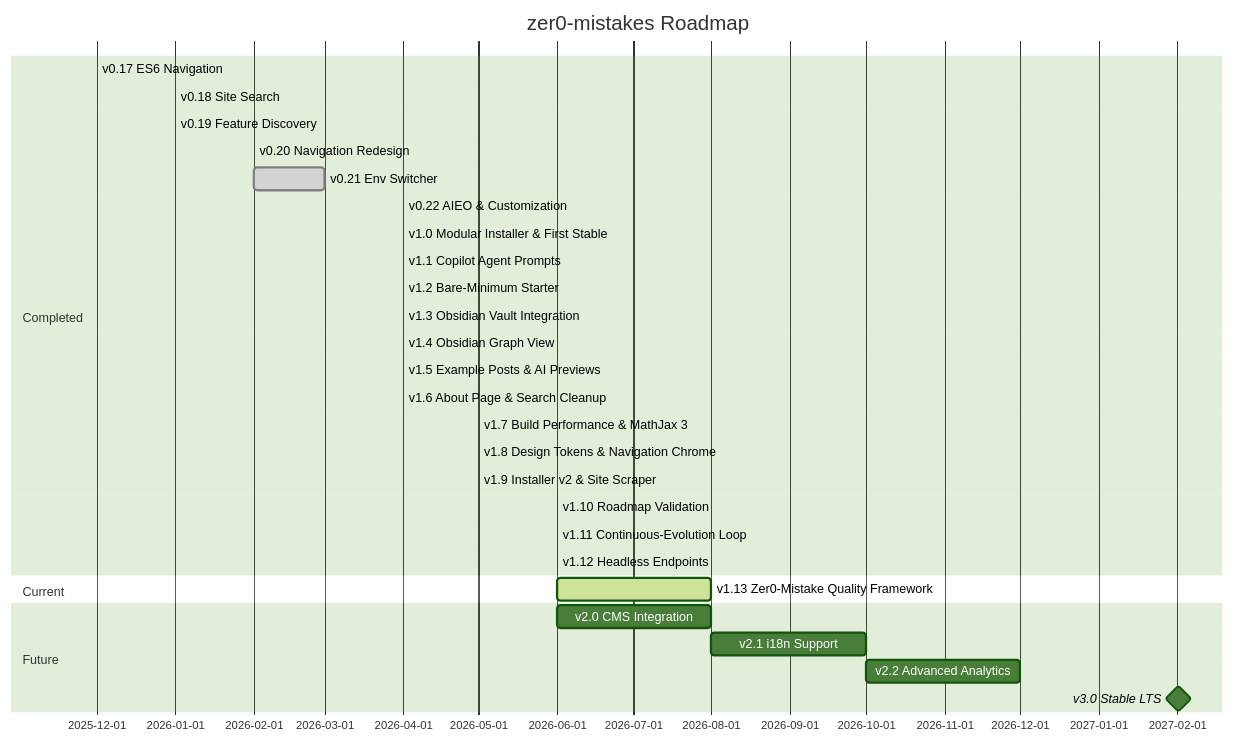
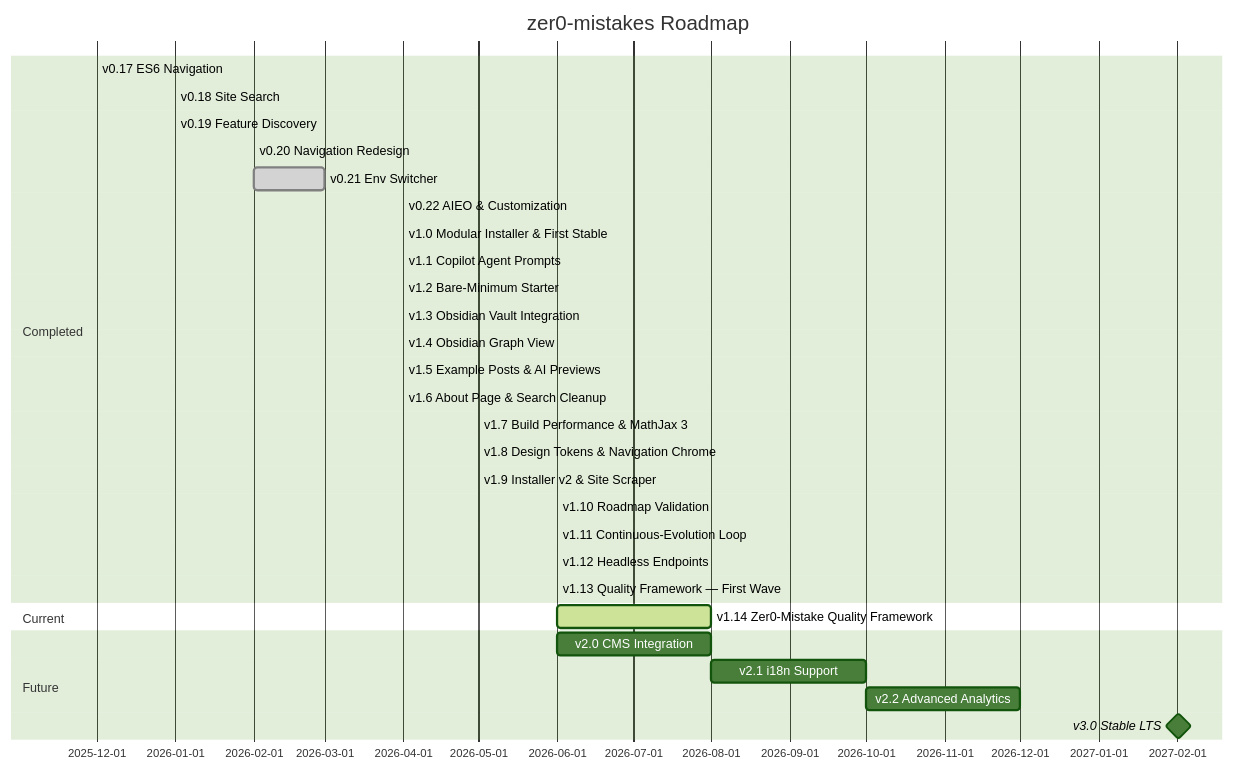
The diagram in packages/zer0-mistakes/README.md (bamr87/zer0-CMS), drawn with Mermaid (forest theme) before and after one commit. The commit also changed other lines of this file and 103 other files, not shown here.

First line of the commit message:
feat(quality): implement six backlog tasks — T-003/004/008/014/015/016 (bamr87/zer0-mistakes#144)

````diff
--- a/packages/zer0-mistakes/README.md
+++ b/packages/zer0-mistakes/README.md
@@ -810,32 +810,33 @@
 ```mermaid
 gantt
     title zer0-mistakes Roadmap
     dateFormat YYYY-MM
     section Completed
     v0.17 ES6 Navigation         :done, 2025-12, 2025-12
     v0.18 Site Search            :done, 2026-01, 2026-01
     v0.19 Feature Discovery      :done, 2026-01, 2026-01
     v0.20 Navigation Redesign    :done, 2026-02, 2026-02
     v0.21 Env Switcher           :done, 2026-02, 2026-03
     v0.22 AIEO & Customization   :done, 2026-04, 2026-04
     v1.0 Modular Installer & First Stable :done, 2026-04, 2026-04
     v1.1 Copilot Agent Prompts   :done, 2026-04, 2026-04
     v1.2 Bare-Minimum Starter    :done, 2026-04, 2026-04
     v1.3 Obsidian Vault Integration :done, 2026-04, 2026-04
     v1.4 Obsidian Graph View     :done, 2026-04, 2026-04
     v1.5 Example Posts & AI Previews :done, 2026-04, 2026-04
     v1.6 About Page & Search Cleanup :done, 2026-04, 2026-04
     v1.7 Build Performance & MathJax 3 :done, 2026-05, 2026-05
     v1.8 Design Tokens & Navigation Chrome :done, 2026-05, 2026-05
     v1.9 Installer v2 & Site Scraper :done, 2026-05, 2026-05
     v1.10 Roadmap Validation     :done, 2026-06, 2026-06
     v1.11 Continuous-Evolution Loop :done, 2026-06, 2026-06
     v1.12 Headless Endpoints     :done, 2026-06, 2026-06
+    v1.13 Quality Framework — First Wave :done, 2026-06, 2026-06
     section Current
-    v1.13 Zer0-Mistake Quality Framework :active, 2026-06, 2026-08
+    v1.14 Zer0-Mistake Quality Framework :active, 2026-06, 2026-08
     section Future
     v2.0 CMS Integration         :2026-06, 2026-08
     v2.1 i18n Support            :2026-08, 2026-10
     v2.2 Advanced Analytics      :2026-10, 2026-12
     v3.0 Stable LTS              :milestone, 2027-02, 1d
 ```
````
